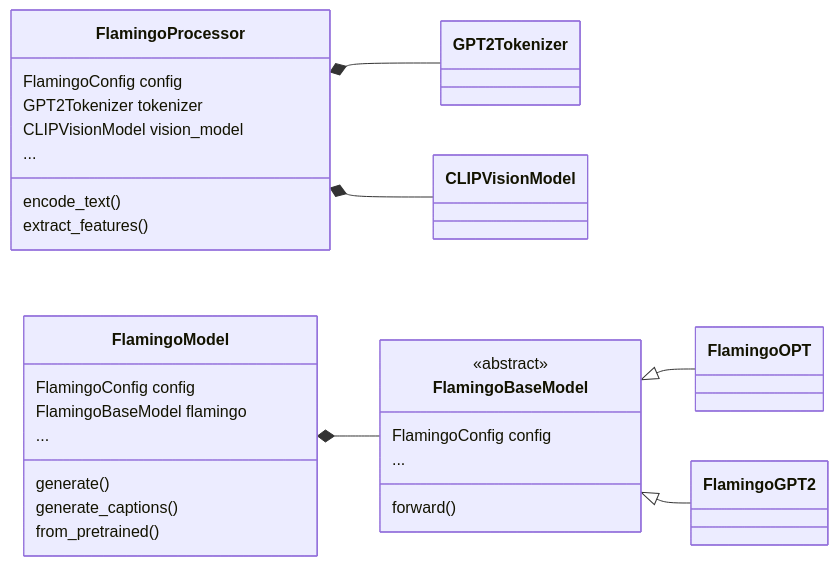
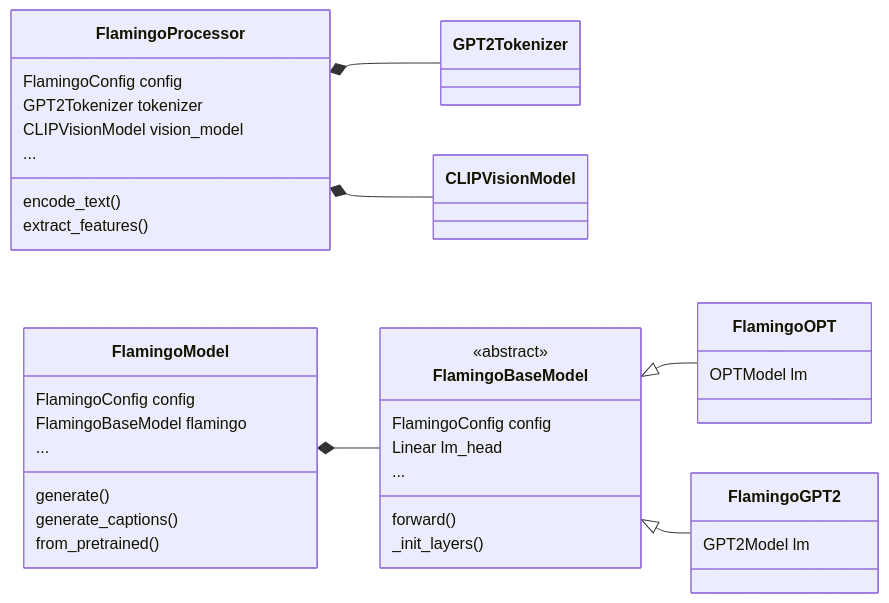
One commit to dhansmair/flamingo-mini changed the diagram in README.md. Above: the diagram before and after it, drawn with Mermaid. The commit also changed other lines of this file, not shown here.

````diff
--- a/README.md
+++ b/README.md
@@ -67,39 +71,45 @@
 ```mermaid
 classDiagram
 direction LR
 class FlamingoProcessor {
   FlamingoConfig config
   GPT2Tokenizer tokenizer
   CLIPVisionModel vision_model
   
   encode_text()
   extract_features()
   ...
 }
 class GPT2Tokenizer
 class CLIPVisionModel
 FlamingoProcessor *-- GPT2Tokenizer
 FlamingoProcessor *-- CLIPVisionModel
 
 class FlamingoModel {
   FlamingoConfig config
   FlamingoBaseModel flamingo
   
   generate()
   generate_captions()
   from_pretrained() 
   ...
 }
 
 class FlamingoBaseModel {
   <<abstract>>
   FlamingoConfig config
+  Linear lm_head
   forward()
+  _init_layers()
   ...
 }
-class FlamingoOPT
-class FlamingoGPT2
+class FlamingoOPT {
+  OPTModel lm
+}
+class FlamingoGPT2 {
+  GPT2Model lm
+}
 FlamingoModel *-- FlamingoBaseModel
 FlamingoBaseModel <|-- FlamingoOPT
 FlamingoBaseModel <|-- FlamingoGPT2
 ```
````
